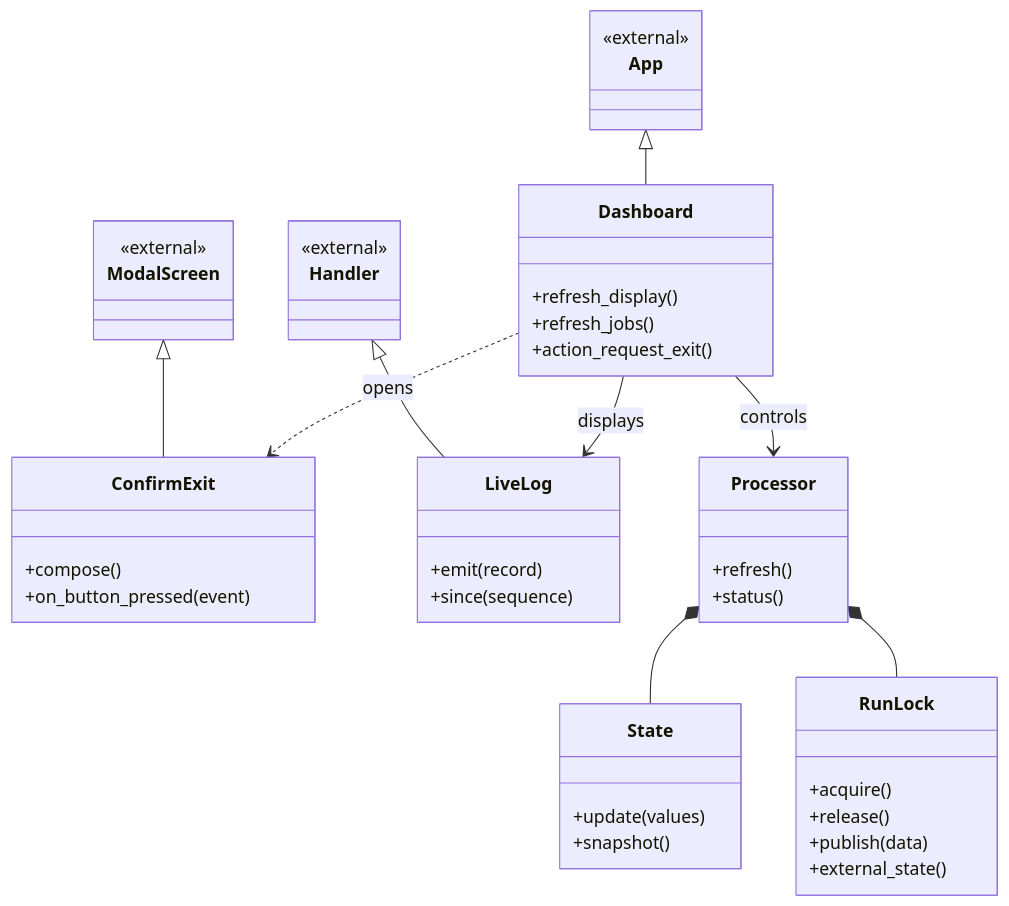
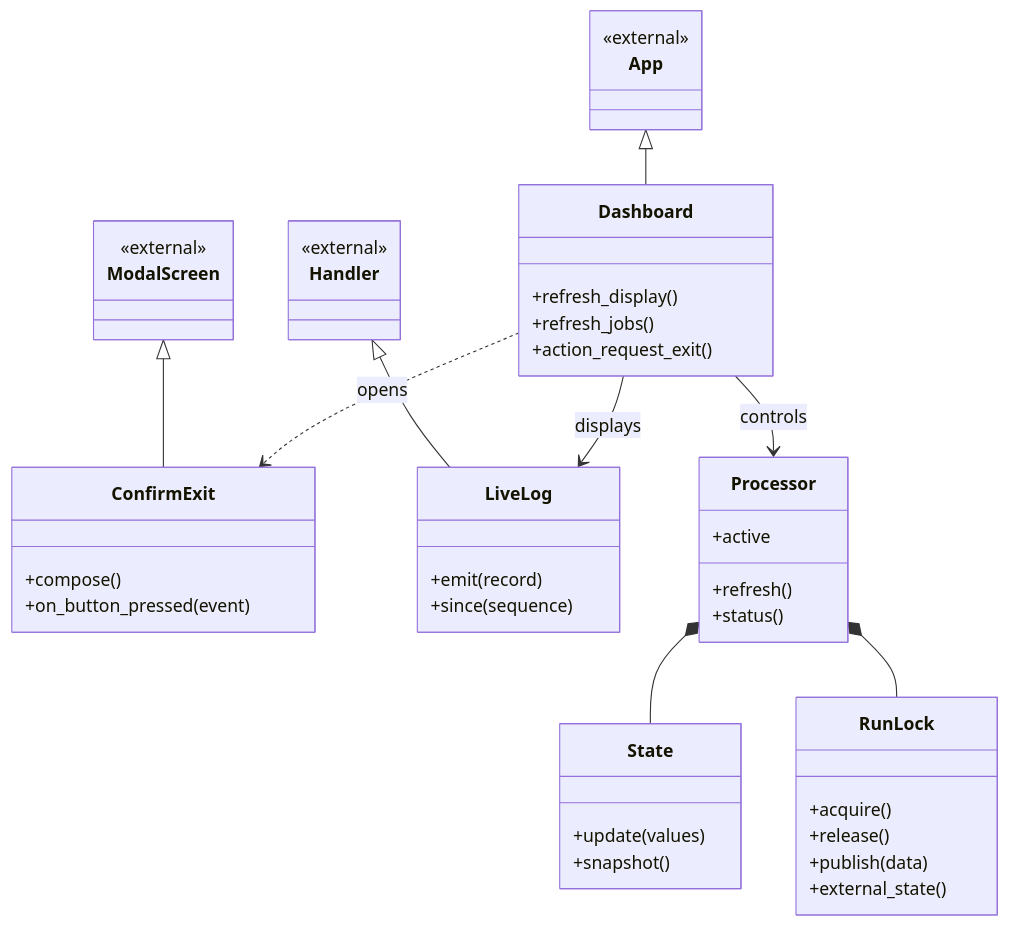
Before and after one commit to houssamBensiyed/poetry-shorts-maker: the second of 5 diagrams in README.md, drawn with Mermaid. The commit also changed other lines of this file and 2 other files, not shown here.

Commit message:
docs: align diagrams and guides with the refactored architecture

````diff
--- a/README.md
+++ b/README.md
@@ -194,49 +205,50 @@
 ```mermaid
 classDiagram
     direction TB
 
     class App {
         <<external>>
     }
     class ModalScreen {
         <<external>>
     }
     class Handler {
         <<external>>
     }
     class Dashboard {
         +refresh_display()
         +refresh_jobs()
         +action_request_exit()
     }
     class ConfirmExit {
         +compose()
         +on_button_pressed(event)
     }
     class LiveLog {
         +emit(record)
         +since(sequence)
     }
     class Processor {
+        +active
         +refresh()
         +status()
     }
     class State {
         +update(values)
         +snapshot()
     }
     class RunLock {
         +acquire()
         +release()
         +publish(data)
         +external_state()
     }
     App <|-- Dashboard
     ModalScreen <|-- ConfirmExit
     Handler <|-- LiveLog
     Dashboard --> Processor : controls
     Dashboard --> LiveLog : displays
     Dashboard ..> ConfirmExit : opens
     Processor *-- State
     Processor *-- RunLock
 ```
````
